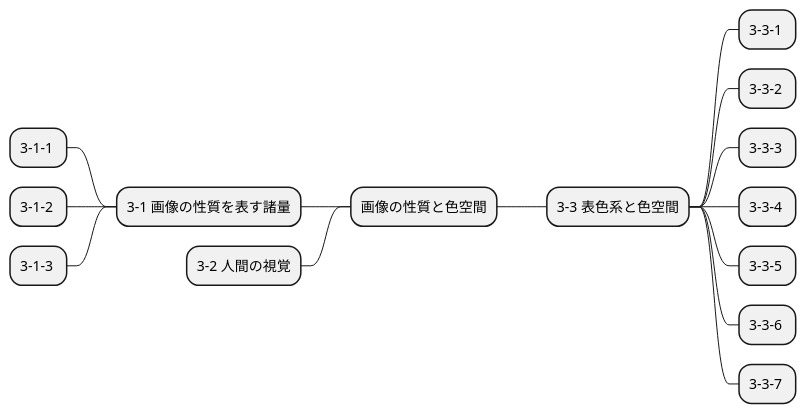
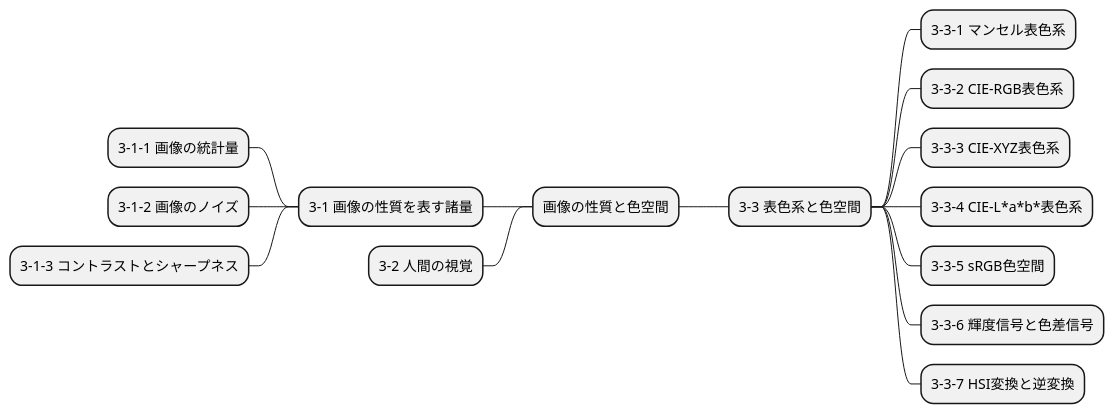
The diagram in mindmap/img_proc_expert_03.puml (Takayoshi-Matsuyama/image_processing), drawn with PlantUML before and after one commit. The commit also changed 16 other files, not shown here.

Commit message:
mindmap - ex index

```diff
--- a/mindmap/img_proc_expert_03.puml
+++ b/mindmap/img_proc_expert_03.puml
@@ -1,16 +1,16 @@
 @startmindmap img_proc_expert_03
 + 画像の性質と色空間
 -- 3-1 画像の性質を表す諸量
---- 3-1-1 
---- 3-1-2 
---- 3-1-3 
+--- 3-1-1 画像の統計量
+--- 3-1-2 画像のノイズ
+--- 3-1-3 コントラストとシャープネス
 -- 3-2 人間の視覚
 ++ 3-3 表色系と色空間
-+++ 3-3-1 
-+++ 3-3-2 
-+++ 3-3-3 
-+++ 3-3-4 
-+++ 3-3-5 
-+++ 3-3-6 
-+++ 3-3-7 
++++ 3-3-1 マンセル表色系
++++ 3-3-2 CIE-RGB表色系
++++ 3-3-3 CIE-XYZ表色系
++++ 3-3-4 CIE-L*a*b*表色系
++++ 3-3-5 sRGB色空間
++++ 3-3-6 輝度信号と色差信号
++++ 3-3-7 HSI変換と逆変換
 @endmindmap
```
